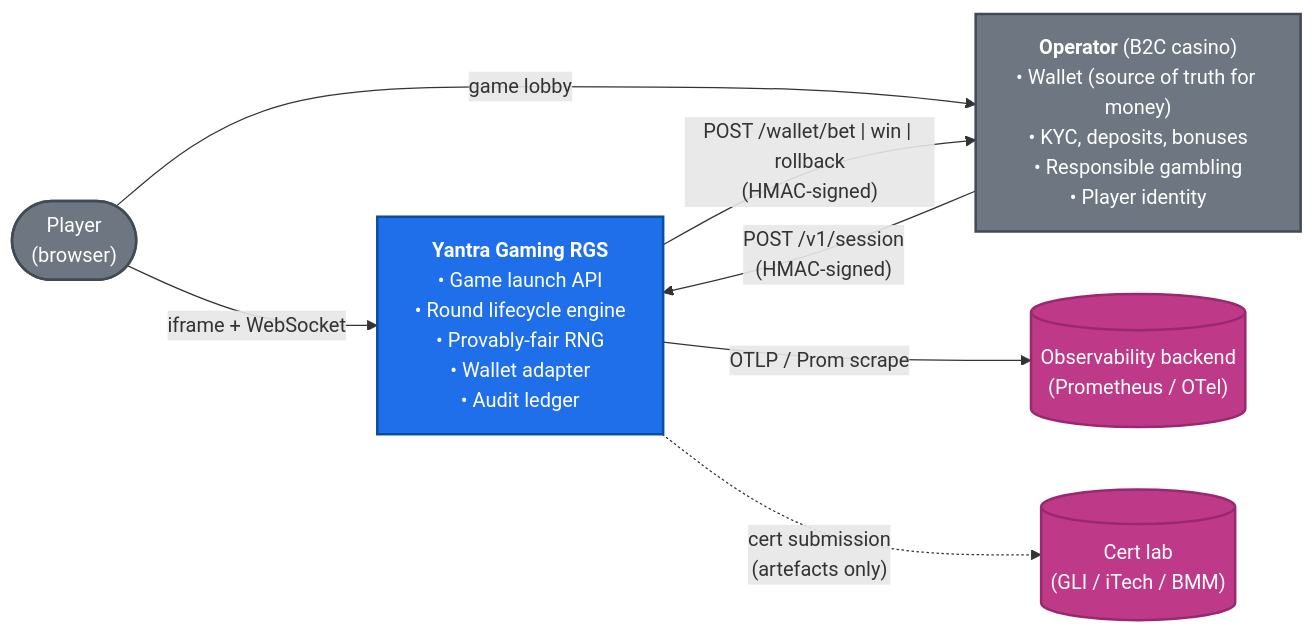
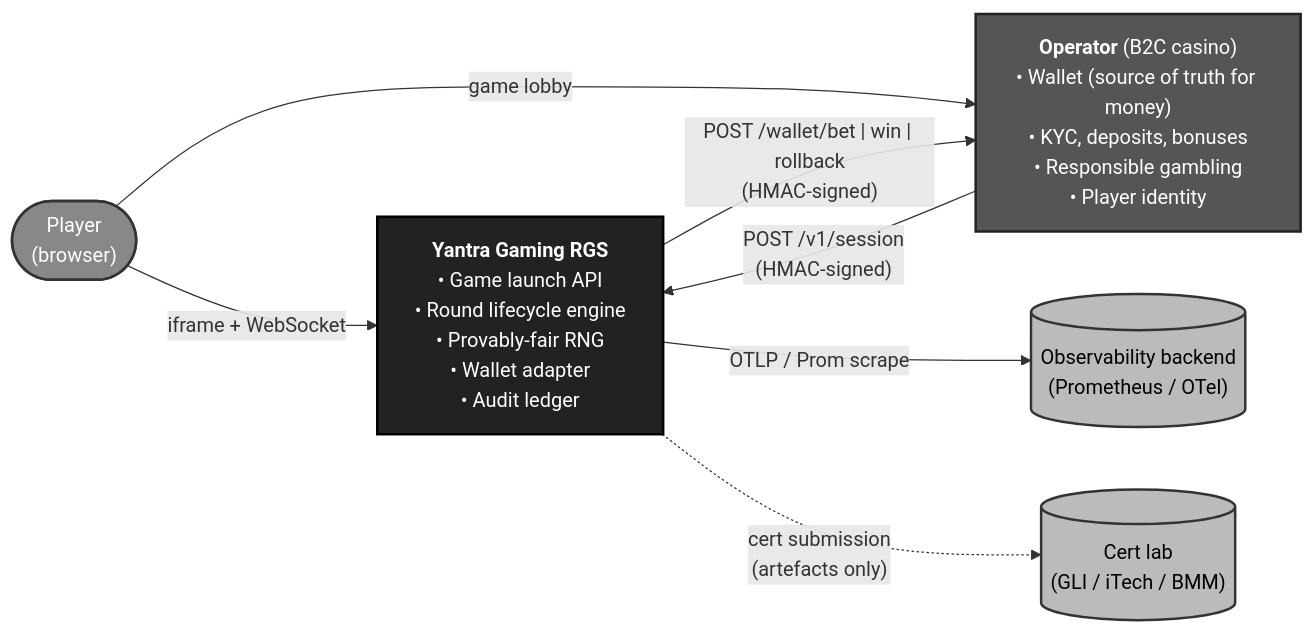
One commit to dinethlive/yantra-gaming changed the first of 9 diagrams in docs/architecture.md. Above: the diagram before and after it, drawn with Mermaid. The commit also changed other lines of this file and 2 other files, not shown here.

First line of the commit message:
docs: convert roadmap diagrams to mermaid and unify B/W palette

````diff
--- a/docs/architecture.md
+++ b/docs/architecture.md
@@ -23,22 +23,24 @@
 ```mermaid
 flowchart LR
     player(["Player<br/>(browser)"])
     operator["<b>Operator</b> (B2C casino)<br/>• Wallet (source of truth for money)<br/>• KYC, deposits, bonuses<br/>• Responsible gambling<br/>• Player identity"]
     rgs["<b>Yantra Gaming RGS</b><br/>• Game launch API<br/>• Round lifecycle engine<br/>• Provably-fair RNG<br/>• Wallet adapter<br/>• Audit ledger"]
     cert[("Cert lab<br/>(GLI / iTech / BMM)")]
     obs[("Observability backend<br/>(Prometheus / OTel)")]
 
     player -- "iframe + WebSocket" --> rgs
     player -- "game lobby" --> operator
     operator -- "POST /v1/session<br/>(HMAC-signed)" --> rgs
     rgs -- "POST /wallet/bet | win | rollback<br/>(HMAC-signed)" --> operator
     rgs -- "OTLP / Prom scrape" --> obs
     rgs -. "cert submission<br/>(artefacts only)" .-> cert
 
-    classDef ext fill:#6e7781,stroke:#424a53,stroke-width:2px,color:#fff;
-    classDef sys fill:#1f6feb,stroke:#0b4da0,stroke-width:2px,color:#fff;
-    classDef ds fill:#bf3989,stroke:#99286e,stroke-width:2px,color:#fff;
-    class operator,player ext;
-    class rgs sys;
-    class cert,obs ds;
+    classDef primary fill:#222,stroke:#000,color:#fff,stroke-width:2px;
+    classDef secondary fill:#555,stroke:#222,color:#fff,stroke-width:2px;
+    classDef tertiary fill:#888,stroke:#333,color:#fff,stroke-width:2px;
+    classDef store fill:#bbb,stroke:#333,color:#000,stroke-width:2px;
+    class rgs primary;
+    class operator secondary;
+    class player tertiary;
+    class cert,obs store;
 ```
````
